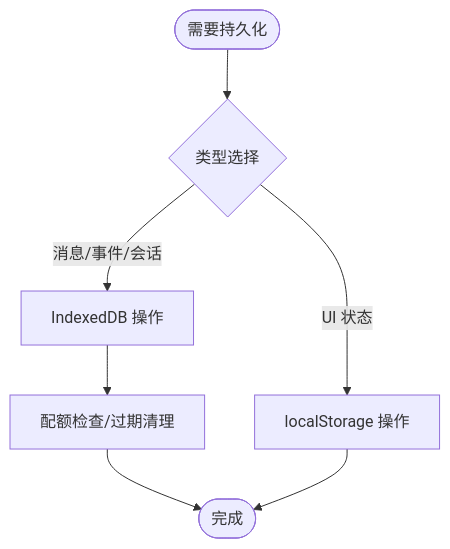
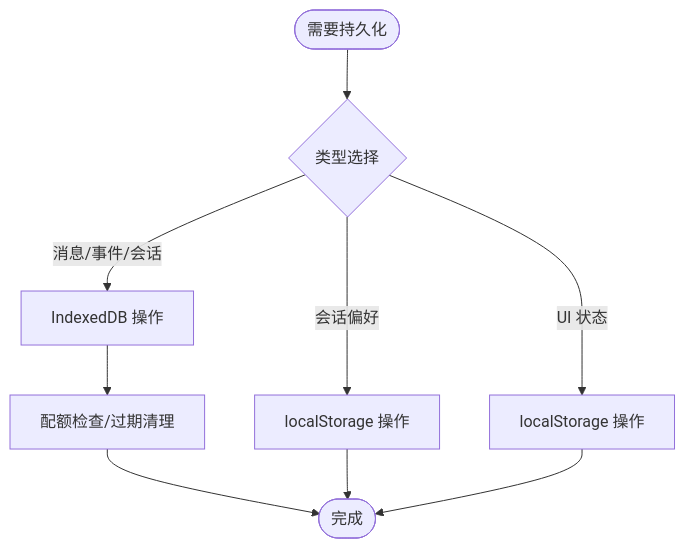
The ninth of 10 diagrams in .qoder/repowiki/zh/content/状态管理系统/状态管理系统.md (WW-AI-Lab/openclaw-office), drawn with Mermaid before and after one commit. The commit also changed other lines of this file and 27 other files, not shown here.

````diff
--- a/.qoder/repowiki/zh/content/状态管理系统/状态管理系统.md
+++ b/.qoder/repowiki/zh/content/状态管理系统/状态管理系统.md
@@ -413,9 +484,11 @@
 ```mermaid
 flowchart TD
 Start(["需要持久化"]) --> Type{"类型选择"}
 Type --> |消息/事件/会话| IDB["IndexedDB 操作"]
-Type --> |UI 状态| LS["localStorage 操作"]
+Type --> |会话偏好| LS["localStorage 操作"]
+Type --> |UI 状态| LS2["localStorage 操作"]
 IDB --> Limit["配额检查/过期清理"]
 Limit --> End(["完成"])
 LS --> End
+LS2 --> End
 ```
````
